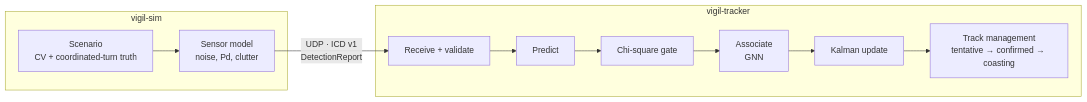
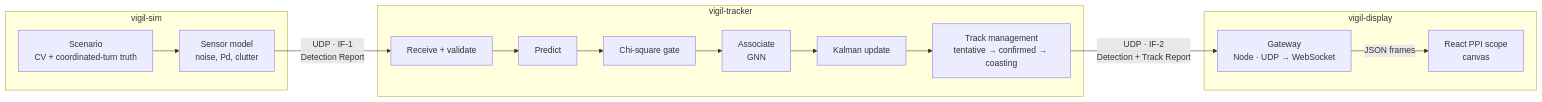
One commit to GetBirned/Vigil changed the diagram in README.md. Above: the diagram before and after it, drawn with Mermaid. The commit also changed other lines of this file and 32 other files, not shown here.

First line of the commit message:
Add the Vigil radar-scope display

````diff
--- a/README.md
+++ b/README.md
@@ -9,10 +19,14 @@
 ```mermaid
 flowchart LR
   subgraph vigil-sim
     S[Scenario<br/>CV + coordinated-turn truth] --> N[Sensor model<br/>noise, Pd, clutter]
   end
-  N -- "UDP · ICD v1<br/>DetectionReport" --> R
+  N -- "UDP · IF-1<br/>Detection Report" --> R
   subgraph vigil-tracker
     R[Receive + validate] --> P[Predict] --> G[Chi-square gate] --> A[Associate<br/>GNN] --> U[Kalman update] --> M[Track management<br/>tentative → confirmed → coasting]
   end
+  M -- "UDP · IF-2<br/>Detection + Track Report" --> W
+  subgraph vigil-display
+    W[Gateway<br/>Node · UDP → WebSocket] -- JSON frames --> B[React PPI scope<br/>canvas]
+  end
 ```
````
